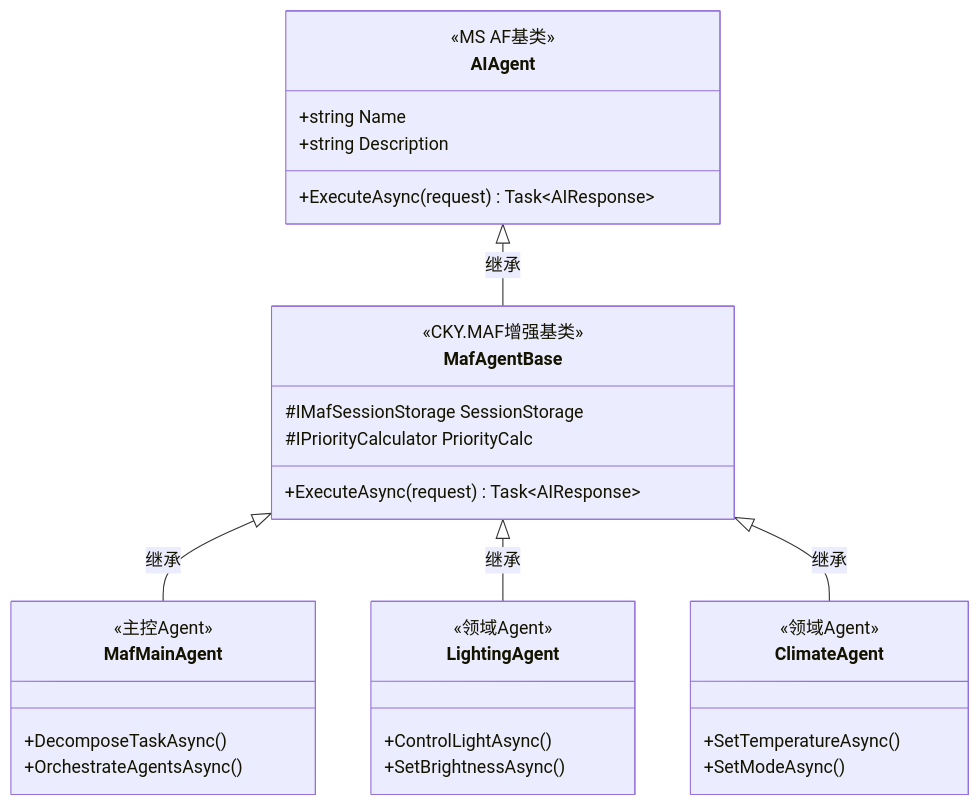
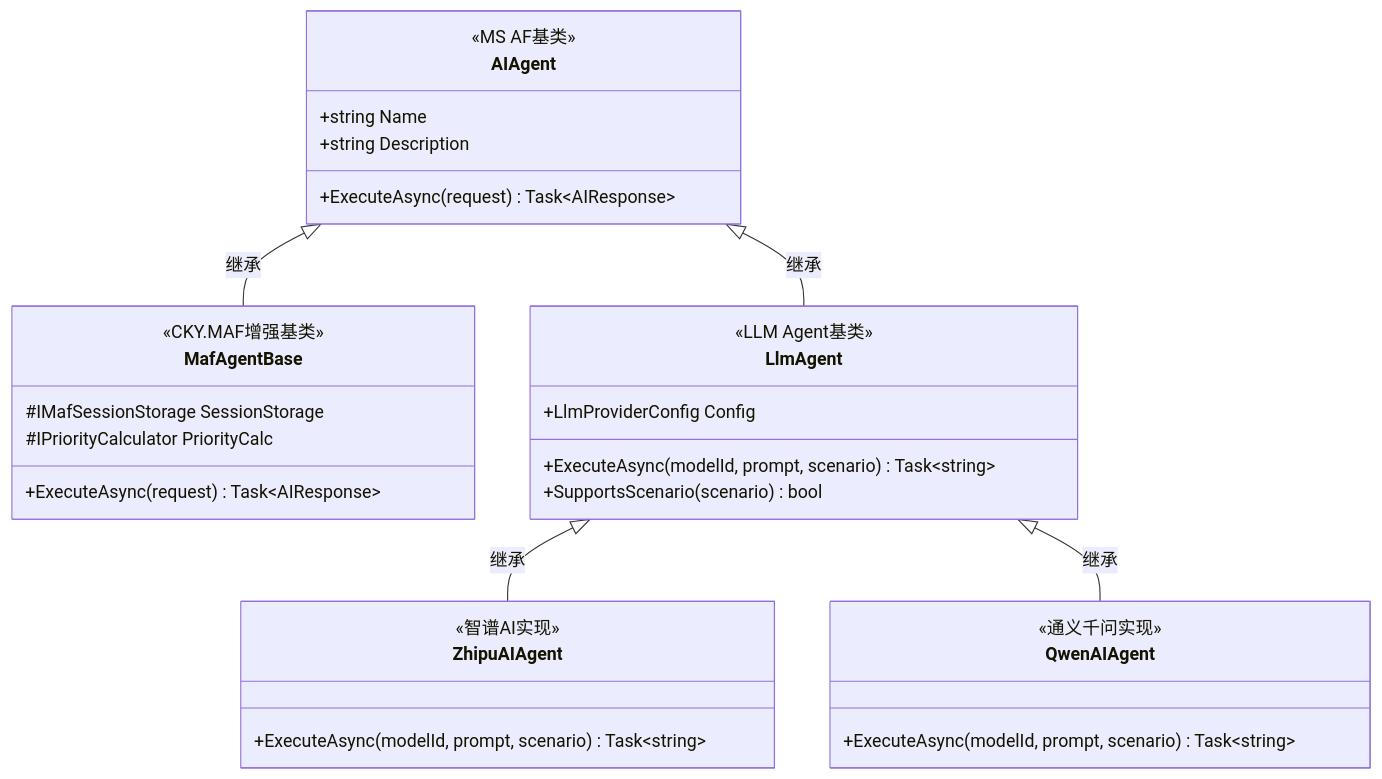
One commit to chenqilscy/multi-agent-task changed the third of 5 diagrams in docs/specs/01-architecture-overview.md. Above: the diagram before and after it, drawn with Mermaid. The commit also changed other lines of this file and 3 other files, not shown here.

````diff
--- a/docs/specs/01-architecture-overview.md
+++ b/docs/specs/01-architecture-overview.md
@@ -174,39 +175,38 @@
 ```mermaid
 classDiagram
     class AIAgent {
         <<MS AF基类>>
         +string Name
         +string Description
         +ExecuteAsync(request) Task~AIResponse~
     }
 
     class MafAgentBase {
         <<CKY.MAF增强基类>>
         #IMafSessionStorage SessionStorage
         #IPriorityCalculator PriorityCalc
         +ExecuteAsync(request) Task~AIResponse~
     }
 
-    class MafMainAgent {
-        <<主控Agent>>
-        +DecomposeTaskAsync()
-        +OrchestrateAgentsAsync()
+    class LlmAgent {
+        <<LLM Agent基类>>
+        +LlmProviderConfig Config
+        +ExecuteAsync(modelId, prompt, scenario) Task~string~
+        +SupportsScenario(scenario) bool
     }
 
-    class LightingAgent {
-        <<领域Agent>>
-        +ControlLightAsync()
-        +SetBrightnessAsync()
+    class ZhipuAIAgent {
+        <<智谱AI实现>>
+        +ExecuteAsync(modelId, prompt, scenario) Task~string~
     }
 
-    class ClimateAgent {
-        <<领域Agent>>
-        +SetTemperatureAsync()
-        +SetModeAsync()
+    class QwenAIAgent {
+        <<通义千问实现>>
+        +ExecuteAsync(modelId, prompt, scenario) Task~string~
     }
 
     AIAgent <|-- MafAgentBase : 继承
-    MafAgentBase <|-- MafMainAgent : 继承
-    MafAgentBase <|-- LightingAgent : 继承
-    MafAgentBase <|-- ClimateAgent : 继承
+    AIAgent <|-- LlmAgent : 继承
+    LlmAgent <|-- ZhipuAIAgent : 继承
+    LlmAgent <|-- QwenAIAgent : 继承
 ```
````
